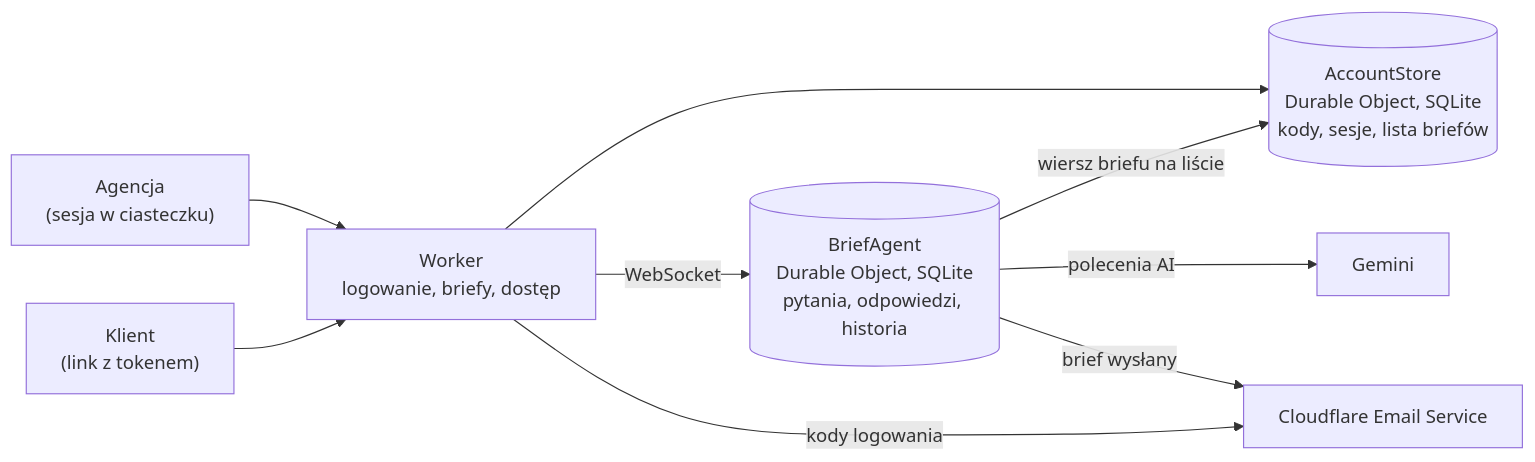
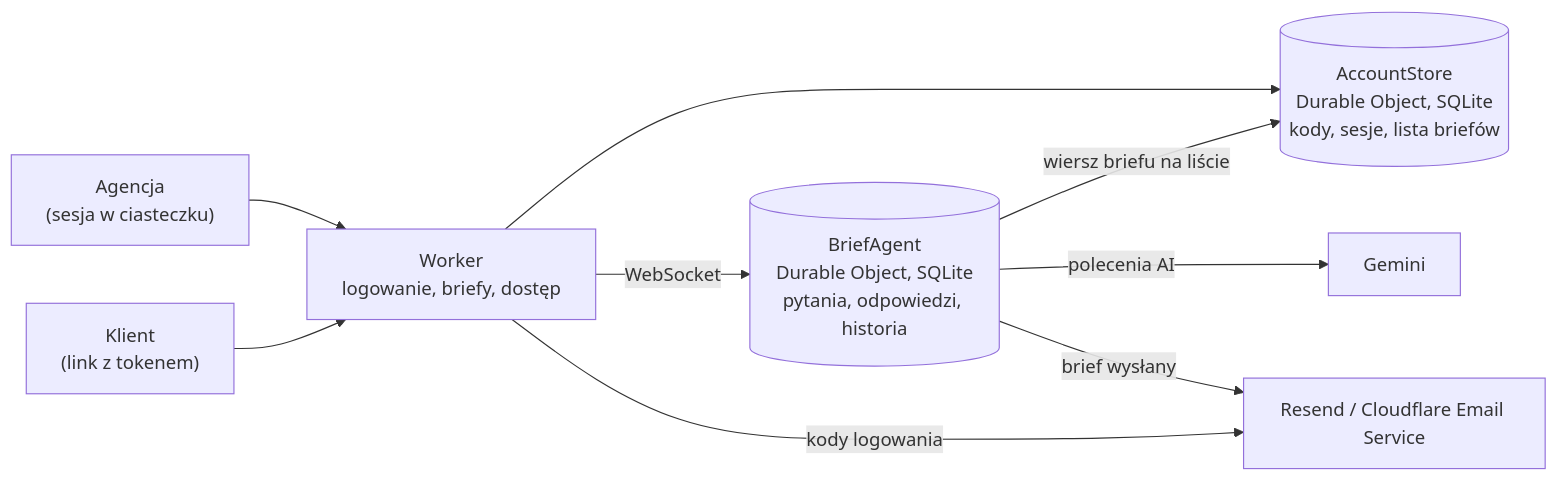
One commit to designhouseme/BriefFlow changed the diagram in docs/dla-deweloperow.md. Above: the diagram before and after it, drawn with Mermaid. The commit also changed other lines of this file and 48 other files, not shown here.

````diff
--- a/docs/dla-deweloperow.md
+++ b/docs/dla-deweloperow.md
@@ -52,11 +54,11 @@
 ```mermaid
 flowchart LR
   agency["Agencja<br/>(sesja w ciasteczku)"] --> worker["Worker<br/>logowanie, briefy, dostęp"]
   client["Klient<br/>(link z tokenem)"] --> worker
   worker --> accounts[("AccountStore<br/>Durable Object, SQLite<br/>kody, sesje, lista briefów")]
   worker -- WebSocket --> brief[("BriefAgent<br/>Durable Object, SQLite<br/>pytania, odpowiedzi, historia")]
   brief -- "wiersz briefu na liście" --> accounts
   brief -- "polecenia AI" --> gemini["Gemini"]
-  worker -- "kody logowania" --> mail["Cloudflare Email Service"]
+  worker -- "kody logowania" --> mail["Resend / Cloudflare Email Service"]
   brief -- "brief wysłany" --> mail
 ```
````
